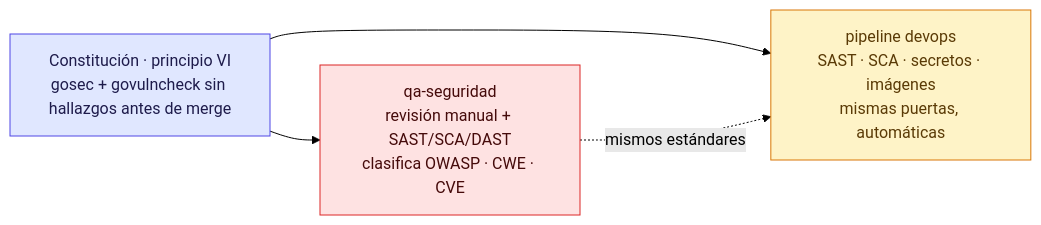
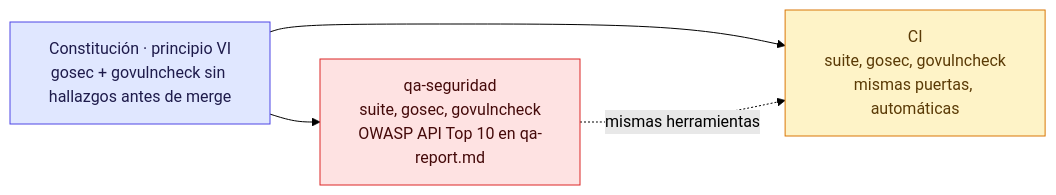
One commit to JairoHGomezCastillo/hubx changed the fifth of 5 diagrams in docs/diagramas/06-devsecops-cicd.md. Above: the diagram before and after it, drawn with Mermaid (forest theme). The commit also changed other lines of this file and 6 other files, not shown here.

Commit message:
[agent:hubx-lead] 011 update docs/diagramas to the current state

````diff
--- a/docs/diagramas/06-devsecops-cicd.md
+++ b/docs/diagramas/06-devsecops-cicd.md
@@ -95,17 +140,17 @@
 ```mermaid
 flowchart LR
-    QA["qa-seguridad<br/>revisión manual + SAST/SCA/DAST<br/>clasifica OWASP · CWE · CVE"]
-    PIPE["pipeline devops<br/>SAST · SCA · secretos · imágenes<br/>mismas puertas, automáticas"]
+    QA["qa-seguridad<br/>suite, gosec, govulncheck<br/>OWASP API Top 10 en qa-report.md"]
+    PIPE["CI<br/>suite, gosec, govulncheck<br/>mismas puertas, automáticas"]
     CONST["Constitución · principio VI<br/>gosec + govulncheck sin hallazgos antes de merge"]
 
     CONST --> QA
     CONST --> PIPE
-    QA -.->|"mismos estándares"| PIPE
+    QA -.->|"mismas herramientas"| PIPE
 
     classDef qa fill:#fee2e2,stroke:#dc2626,color:#450a0a;
     classDef pipe fill:#fef3c7,stroke:#d97706,color:#5a3a06;
     classDef const fill:#e0e7ff,stroke:#4f46e5,color:#1e1b4b;
     class QA qa;
     class PIPE pipe;
     class CONST const;
 ```
````
